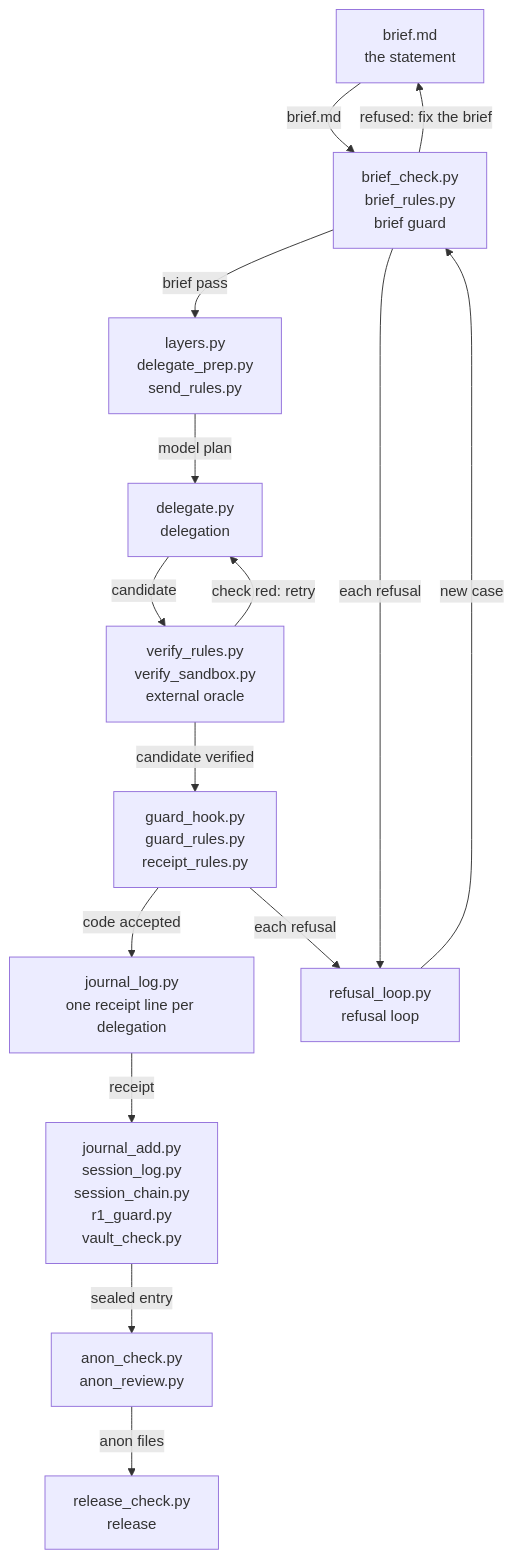
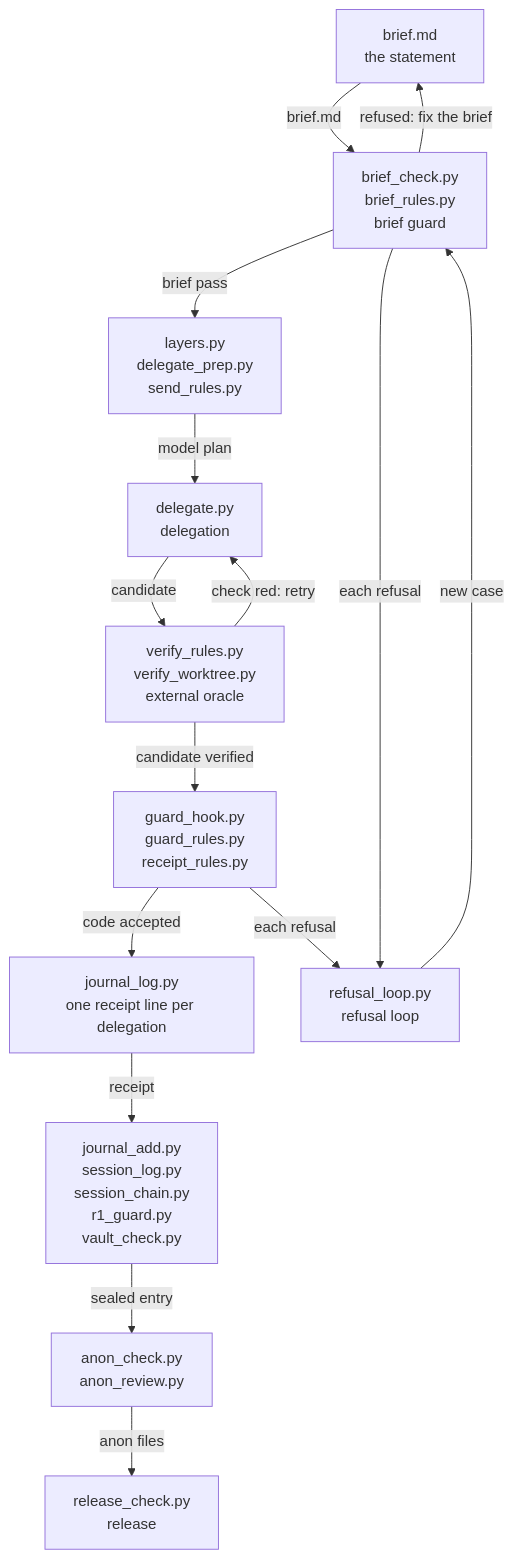
One commit to Blacktizen/frugalflow changed the diagram in docs/PIPELINE.md. Above: the diagram before and after it, drawn with Mermaid. The commit also changed other lines of this file and 4 other files, not shown here.

First line of the commit message:
rename verify_sandbox.py to verify_worktree.py (no system isolation), everywhere

````diff
--- a/docs/PIPELINE.md
+++ b/docs/PIPELINE.md
@@ -7,29 +7,29 @@
 ```mermaid
 flowchart TD
     A["brief.md<br/>the statement"]
     B["brief_check.py<br/>brief_rules.py<br/>brief guard"]
     C["layers.py<br/>delegate_prep.py<br/>send_rules.py"]
     D["delegate.py<br/>delegation"]
-    E["verify_rules.py<br/>verify_sandbox.py<br/>external oracle"]
+    E["verify_rules.py<br/>verify_worktree.py<br/>external oracle"]
     F["guard_hook.py<br/>guard_rules.py<br/>receipt_rules.py"]
     G["journal_log.py<br/>one receipt line per delegation"]
     H["journal_add.py<br/>session_log.py<br/>session_chain.py<br/>r1_guard.py<br/>vault_check.py"]
     I["anon_check.py<br/>anon_review.py"]
     J["release_check.py<br/>release"]
     K["refusal_loop.py<br/>refusal loop"]
 
     A -->|"brief.md"| B
     B -->|"brief pass"| C
     C -->|"model plan"| D
     D -->|"candidate"| E
     E -->|"candidate verified"| F
     F -->|"code accepted"| G
     G -->|"receipt"| H
     H -->|"sealed entry"| I
     I -->|"anon files"| J
     E -->|"check red: retry"| D
     B -->|"refused: fix the brief"| A
     B -->|"each refusal"| K
     F -->|"each refusal"| K
     K -->|"new case"| B
 ```
````
